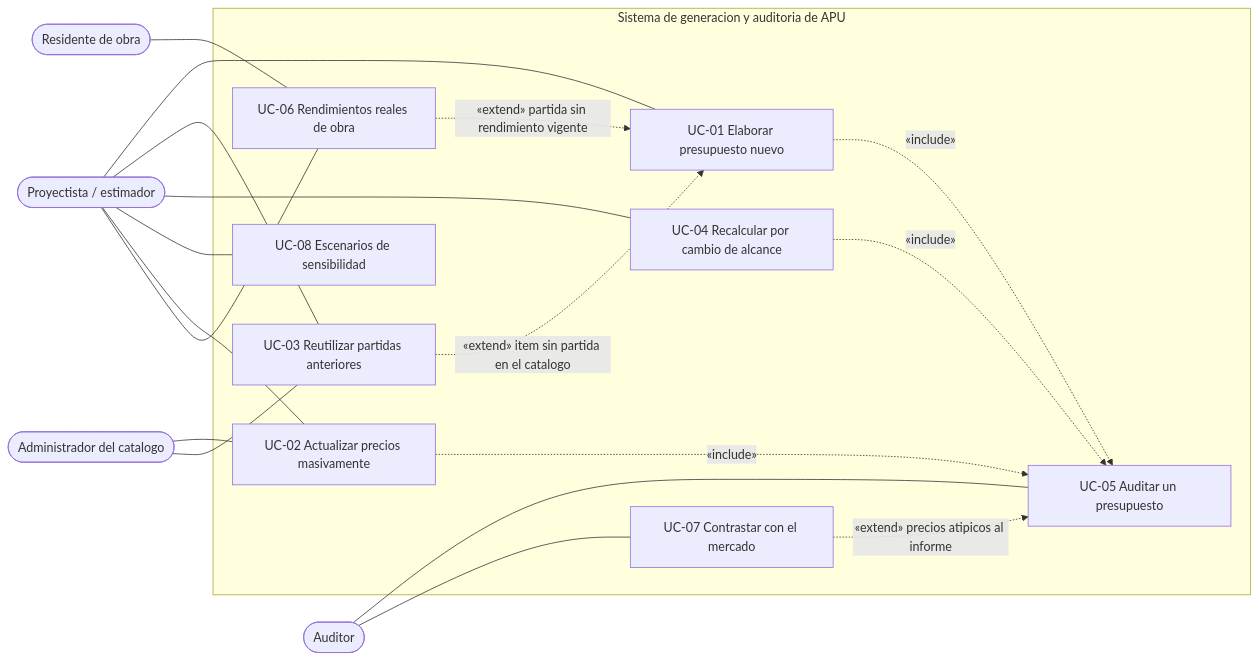
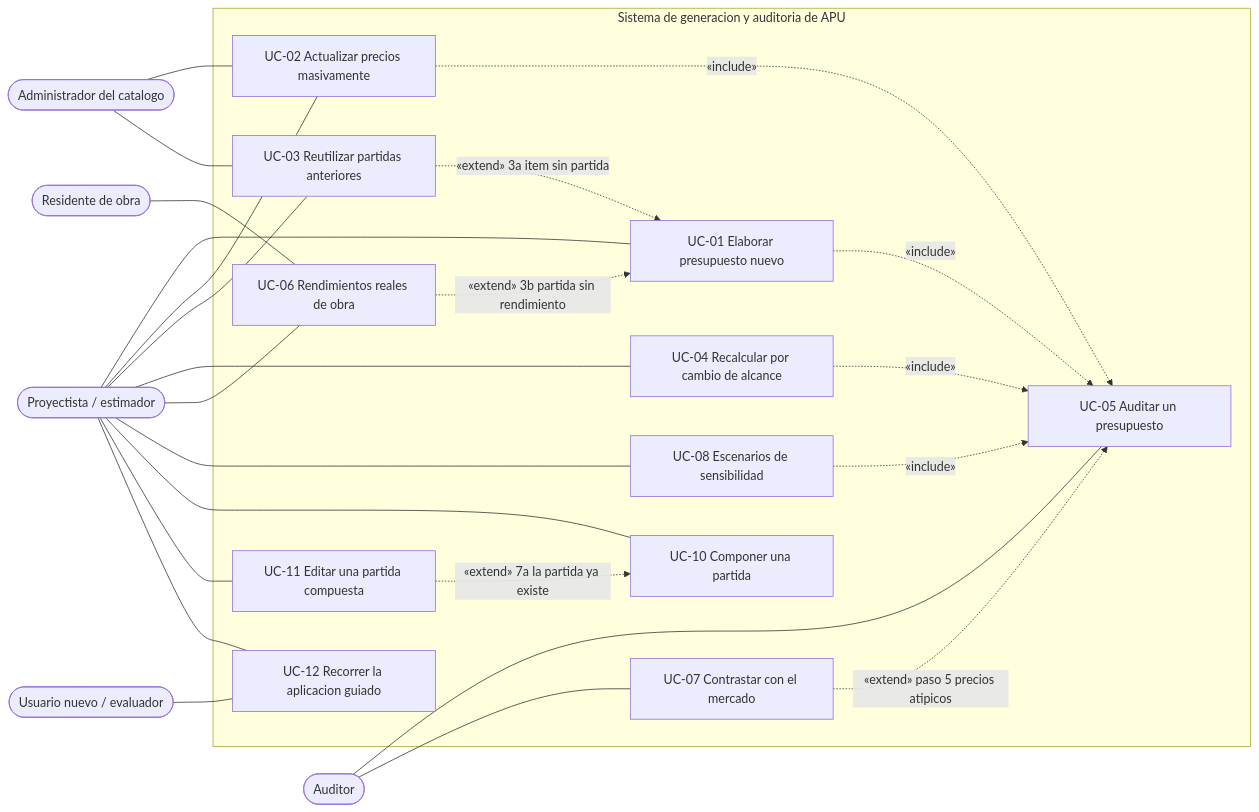
One commit to EugenioRRijo/silice changed the first of 8 diagrams in docs/arquitectura.md. Above: the diagram before and after it, drawn with Mermaid. The commit also changed other lines of this file, not shown here.

````diff
--- a/docs/arquitectura.md
+++ b/docs/arquitectura.md
@@ -46,37 +51,47 @@
 ```mermaid
 flowchart LR
     P(["Proyectista / estimador"])
     ADM(["Administrador del catalogo"])
     A(["Auditor"])
     R(["Residente de obra"])
+    N(["Usuario nuevo / evaluador"])
 
     subgraph sistema["Sistema de generacion y auditoria de APU"]
         UC01["UC-01 Elaborar presupuesto nuevo"]
         UC02["UC-02 Actualizar precios masivamente"]
         UC03["UC-03 Reutilizar partidas anteriores"]
         UC04["UC-04 Recalcular por cambio de alcance"]
         UC05["UC-05 Auditar un presupuesto"]
         UC06["UC-06 Rendimientos reales de obra"]
         UC07["UC-07 Contrastar con el mercado"]
         UC08["UC-08 Escenarios de sensibilidad"]
+        UC10["UC-10 Componer una partida"]
+        UC11["UC-11 Editar una partida compuesta"]
+        UC12["UC-12 Recorrer la aplicacion guiado"]
     end
 
     P --- UC01
+    P --- UC02
     P --- UC03
     P --- UC04
+    P --- UC06
     P --- UC08
-    P --- UC02
+    P --- UC10
+    P --- UC11
+    P --- UC12
     ADM --- UC02
     ADM --- UC03
     A --- UC05
     A --- UC07
     R --- UC06
-    P --- UC06
+    N --- UC12
 
     UC01 -.->|"«include»"| UC05
     UC02 -.->|"«include»"| UC05
     UC04 -.->|"«include»"| UC05
-    UC03 -.->|"«extend» item sin partida en el catalogo"| UC01
-    UC06 -.->|"«extend» partida sin rendimiento vigente"| UC01
-    UC07 -.->|"«extend» precios atipicos al informe"| UC05
+    UC08 -.->|"«include»"| UC05
+    UC03 -.->|"«extend» 3a item sin partida"| UC01
+    UC06 -.->|"«extend» 3b partida sin rendimiento"| UC01
+    UC07 -.->|"«extend» paso 5 precios atipicos"| UC05
+    UC11 -.->|"«extend» 7a la partida ya existe"| UC10
 ```
````
